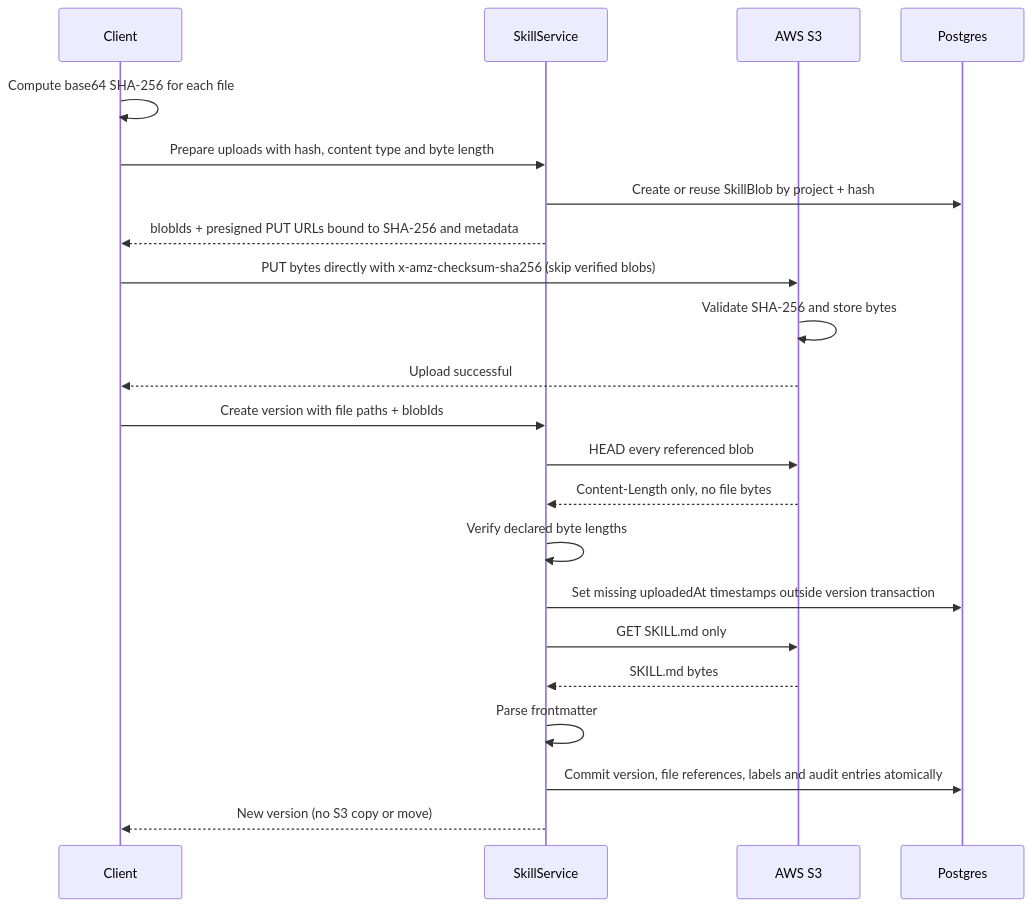
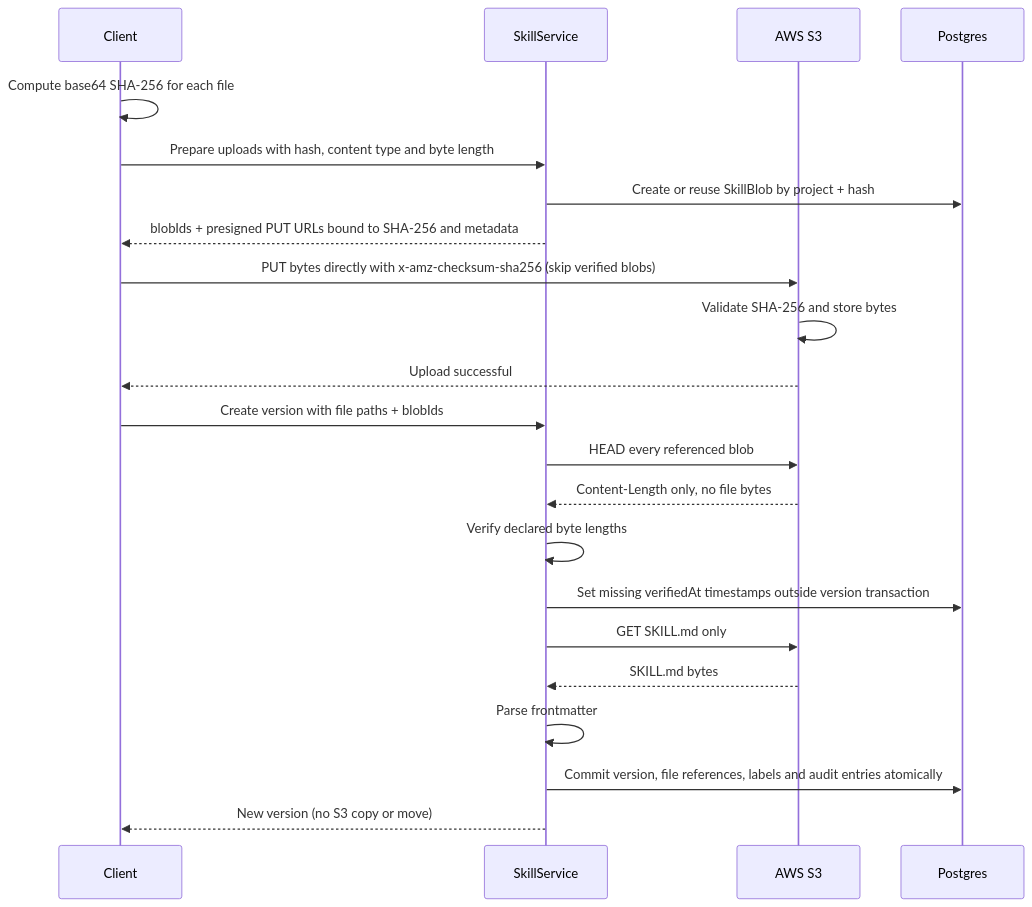
The first of 2 diagrams in web/src/features/skills/README.md (langfuse/langfuse), drawn with Mermaid before and after one commit. The commit also changed 7 other files, not shown here.

Commit message:
fix(skills): align service with simplified schema

````diff
--- a/web/src/features/skills/README.md
+++ b/web/src/features/skills/README.md
@@ -34,25 +34,25 @@
 ```mermaid
 sequenceDiagram
     participant client as Client
     participant service as SkillService
     participant s3 as AWS S3
     participant db as Postgres
 
     client->>client: Compute base64 SHA-256 for each file
     client->>service: Prepare uploads with hash, content type and byte length
     service->>db: Create or reuse SkillBlob by project + hash
     service-->>client: blobIds + presigned PUT URLs bound to SHA-256 and metadata
     client->>s3: PUT bytes directly with x-amz-checksum-sha256 (skip verified blobs)
     s3->>s3: Validate SHA-256 and store bytes
     s3-->>client: Upload successful
     client->>service: Create version with file paths + blobIds
     service->>s3: HEAD every referenced blob
     s3-->>service: Content-Length only, no file bytes
     service->>service: Verify declared byte lengths
-    service->>db: Set missing uploadedAt timestamps outside version transaction
+    service->>db: Set missing verifiedAt timestamps outside version transaction
     service->>s3: GET SKILL.md only
     s3-->>service: SKILL.md bytes
     service->>service: Parse frontmatter
     service->>db: Commit version, file references, labels and audit entries atomically
     service-->>client: New version (no S3 copy or move)
 ```
````
